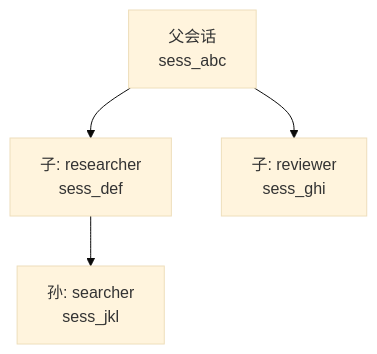
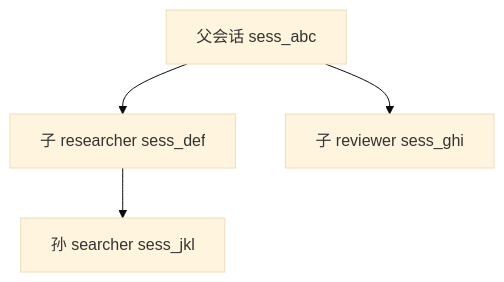
The diagram in docs/zh/user-guide/subagents.md (PL-play/power-loop), drawn with Mermaid (base theme) before and after one commit. The commit also changed 46 other files, not shown here.

````diff
--- a/docs/zh/user-guide/subagents.md
+++ b/docs/zh/user-guide/subagents.md
@@ -74,6 +74,6 @@
 ```mermaid
 flowchart TD
-    P[父会话<br/>sess_abc] --> C1[子: researcher<br/>sess_def]
-    P --> C2[子: reviewer<br/>sess_ghi]
-    C1 --> GC1[孙: searcher<br/>sess_jkl]
+    P["父会话 sess_abc"] --> C1["子 researcher sess_def"]
+    P --> C2["子 reviewer sess_ghi"]
+    C1 --> GC1["孙 searcher sess_jkl"]
 ```
````
